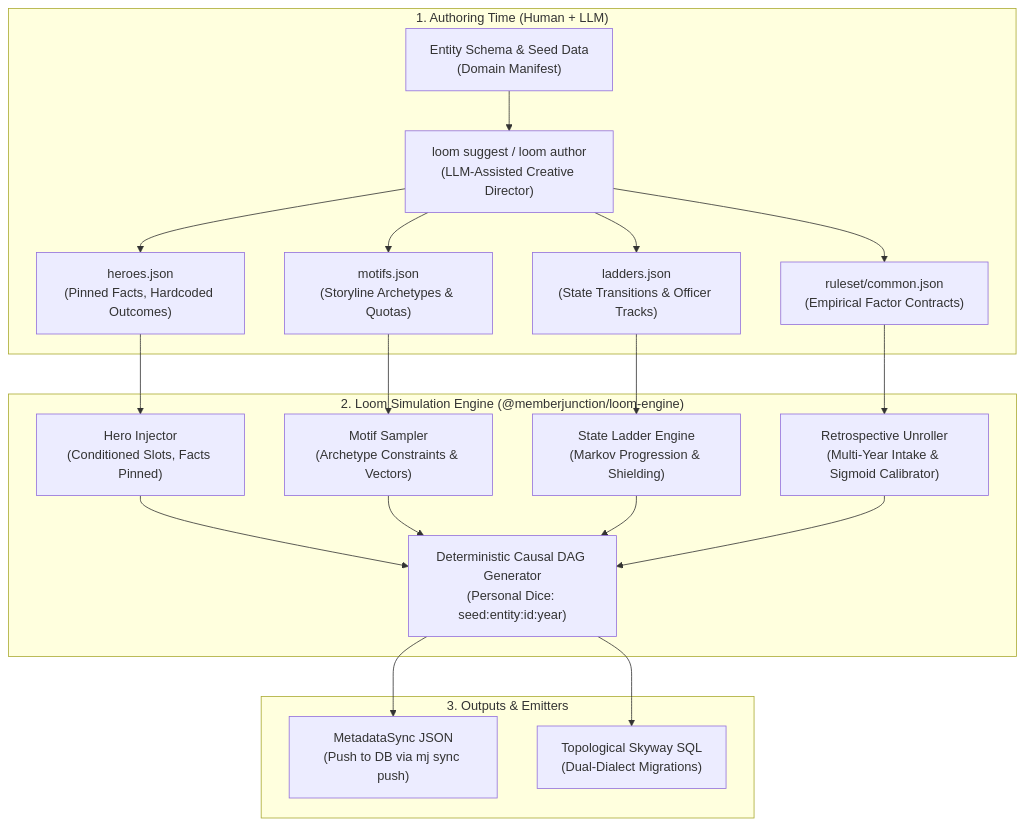
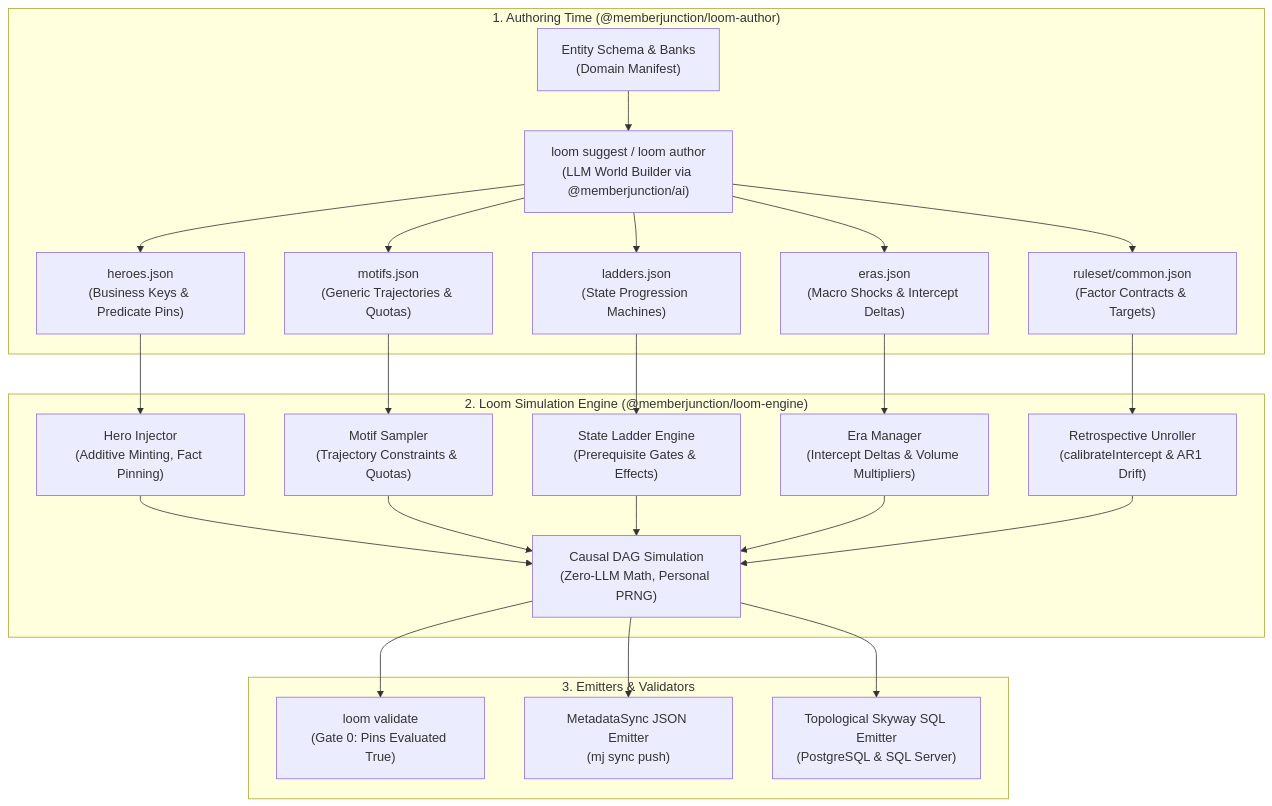
Before and after one commit to MemberJunction/loom: the diagram in plans/02-personas-motifs-and-retrospective-simulation.md, drawn with Mermaid. The commit also changed other lines of this file, not shown here.

Commit message:
docs(plans): Address Round 1 review findings (L1-L5) with schema-agnostic contracts, identity derivation, and verification gates

````diff
--- a/plans/02-personas-motifs-and-retrospective-simulation.md
+++ b/plans/02-personas-motifs-and-retrospective-simulation.md
@@ -32,27 +38,31 @@
 ```mermaid
 flowchart TD
-    subgraph AuthoringPhase ["1. Authoring Time (Human + LLM)"]
-        ES["Entity Schema & Seed Data<br/>(Domain Manifest)"] --> LS["loom suggest / loom author<br/>(LLM-Assisted Creative Director)"]
-        LS --> HF["heroes.json<br/>(Pinned Facts, Hardcoded Outcomes)"]
-        LS --> MF["motifs.json<br/>(Storyline Archetypes & Quotas)"]
-        LS --> LF["ladders.json<br/>(State Transitions & Officer Tracks)"]
-        LS --> RF["ruleset/common.json<br/>(Empirical Factor Contracts)"]
+    subgraph AuthoringPhase ["1. Authoring Time (@memberjunction/loom-author)"]
+        ES["Entity Schema & Banks<br/>(Domain Manifest)"] --> LS["loom suggest / loom author<br/>(LLM World Builder via @memberjunction/ai)"]
+        LS --> HF["heroes.json<br/>(Business Keys & Predicate Pins)"]
+        LS --> MF["motifs.json<br/>(Generic Trajectories & Quotas)"]
+        LS --> LF["ladders.json<br/>(State Progression Machines)"]
+        LS --> EF["eras.json<br/>(Macro Shocks & Intercept Deltas)"]
+        LS --> RF["ruleset/common.json<br/>(Factor Contracts & Targets)"]
     end
 
     subgraph DeterministicEngine ["2. Loom Simulation Engine (@memberjunction/loom-engine)"]
-        HF --> HI["Hero Injector<br/>(Conditioned Slots, Facts Pinned)"]
-        MF --> MS["Motif Sampler<br/>(Archetype Constraints & Vectors)"]
-        LF --> SL["State Ladder Engine<br/>(Markov Progression & Shielding)"]
-        RF --> RU["Retrospective Unroller<br/>(Multi-Year Intake & Sigmoid Calibrator)"]
+        HF --> HI["Hero Injector<br/>(Additive Minting, Fact Pinning)"]
+        MF --> MS["Motif Sampler<br/>(Trajectory Constraints & Quotas)"]
+        LF --> SL["State Ladder Engine<br/>(Prerequisite Gates & Effects)"]
+        EF --> EM["Era Manager<br/>(Intercept Deltas & Volume Multipliers)"]
+        RF --> RU["Retrospective Unroller<br/>(calibrateIntercept & AR1 Drift)"]
         
-        HI --> GEN["Deterministic Causal DAG Generator<br/>(Personal Dice: seed:entity:id:year)"]
+        HI --> GEN["Causal DAG Simulation<br/>(Zero-LLM Math, Personal PRNG)"]
         MS --> GEN
         SL --> GEN
+        EM --> GEN
         RU --> GEN
     end
 
-    subgraph Outputs ["3. Outputs & Emitters"]
-        GEN --> MSYNC["MetadataSync JSON<br/>(Push to DB via mj sync push)"]
-        GEN --> SKY["Topological Skyway SQL<br/>(Dual-Dialect Migrations)"]
+    subgraph Outputs ["3. Emitters & Validators"]
+        GEN --> VAL["loom validate<br/>(Gate 0: Pins Evaluated True)"]
+        GEN --> MSYNC["MetadataSync JSON Emitter<br/>(mj sync push)"]
+        GEN --> SKY["Topological Skyway SQL Emitter<br/>(PostgreSQL & SQL Server)"]
     end
 ```
````
